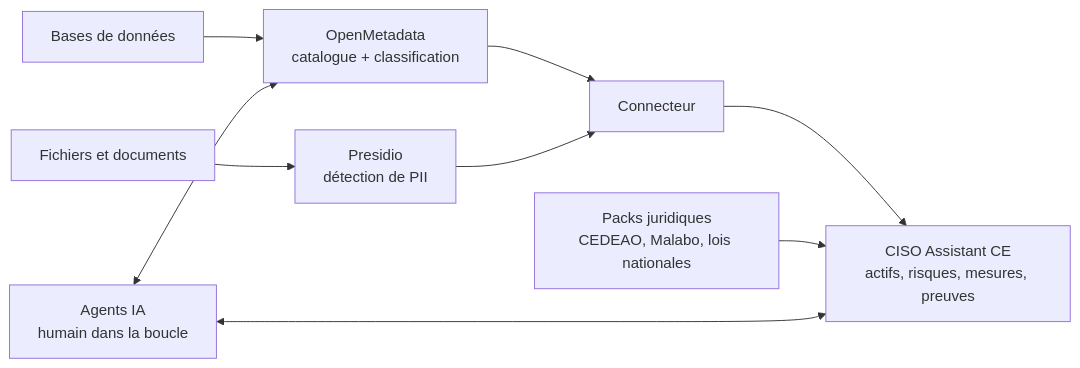
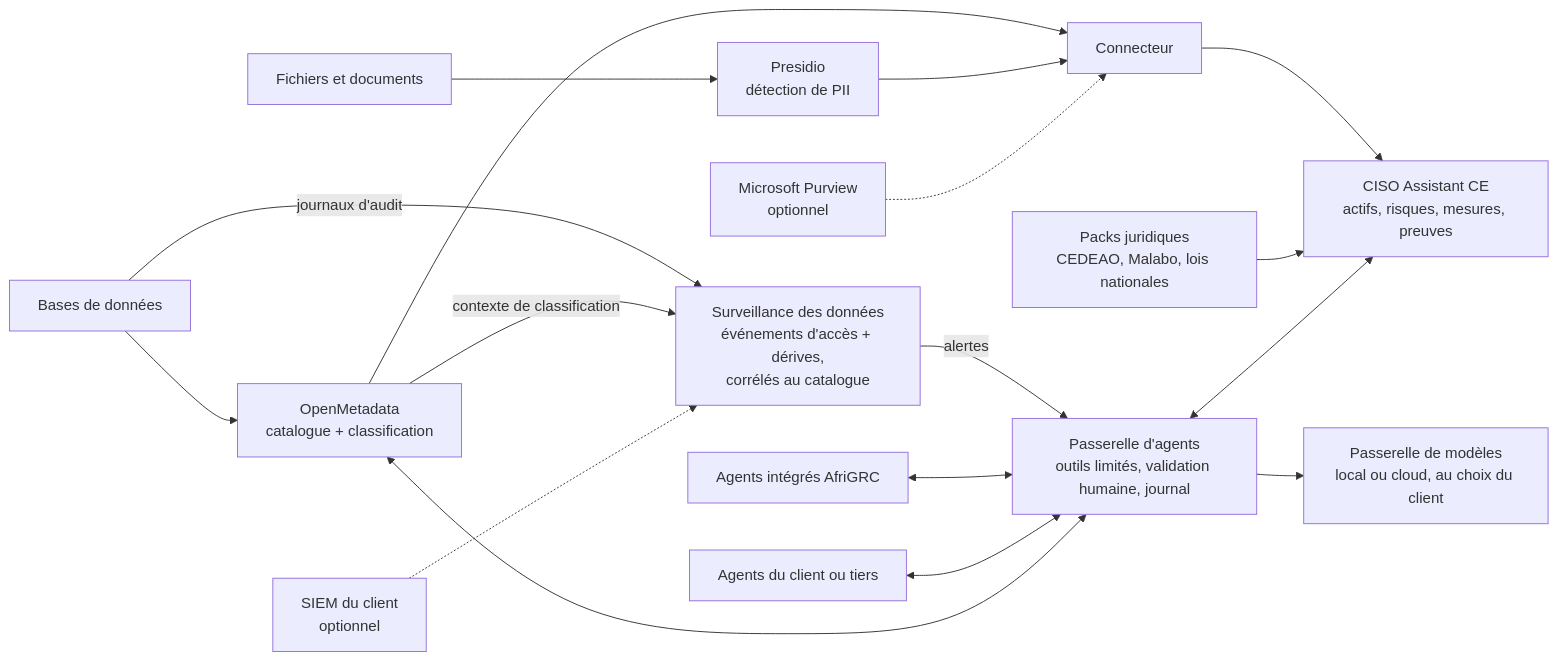
Before and after one commit to dukst0n/AfriGRC: the diagram in README.fr.md, drawn with Mermaid. The commit also changed other lines of this file and 5 other files, not shown here.

````diff
--- a/README.fr.md
+++ b/README.fr.md
@@ -64,11 +77,19 @@
 ```mermaid
 flowchart LR
     A[Bases de données] --> C[OpenMetadata<br/>catalogue + classification]
+    A -- journaux d'audit --> S[Surveillance des données<br/>événements d'accès + dérives,<br/>corrélés au catalogue]
     B[Fichiers et documents] --> D[Presidio<br/>détection de PII]
     C --> E[Connecteur]
     D --> E
+    C -- contexte de classification --> S
+    PV[Microsoft Purview<br/>optionnel] -.-> E
+    SIEM[SIEM du client<br/>optionnel] -.-> S
     E --> F[CISO Assistant CE<br/>actifs, risques, mesures, preuves]
     J[Packs juridiques<br/>CEDEAO, Malabo, lois nationales] --> F
-    G[Agents IA<br/>humain dans la boucle] <--> F
-    G <--> C
+    S -- alertes --> P
+    P[Passerelle d'agents<br/>outils limités, validation humaine, journal] <--> F
+    P <--> C
+    X[Agents intégrés AfriGRC] <--> P
+    Y[Agents du client ou tiers] <--> P
+    P --> M[Passerelle de modèles<br/>local ou cloud, au choix du client]
 ```
````
